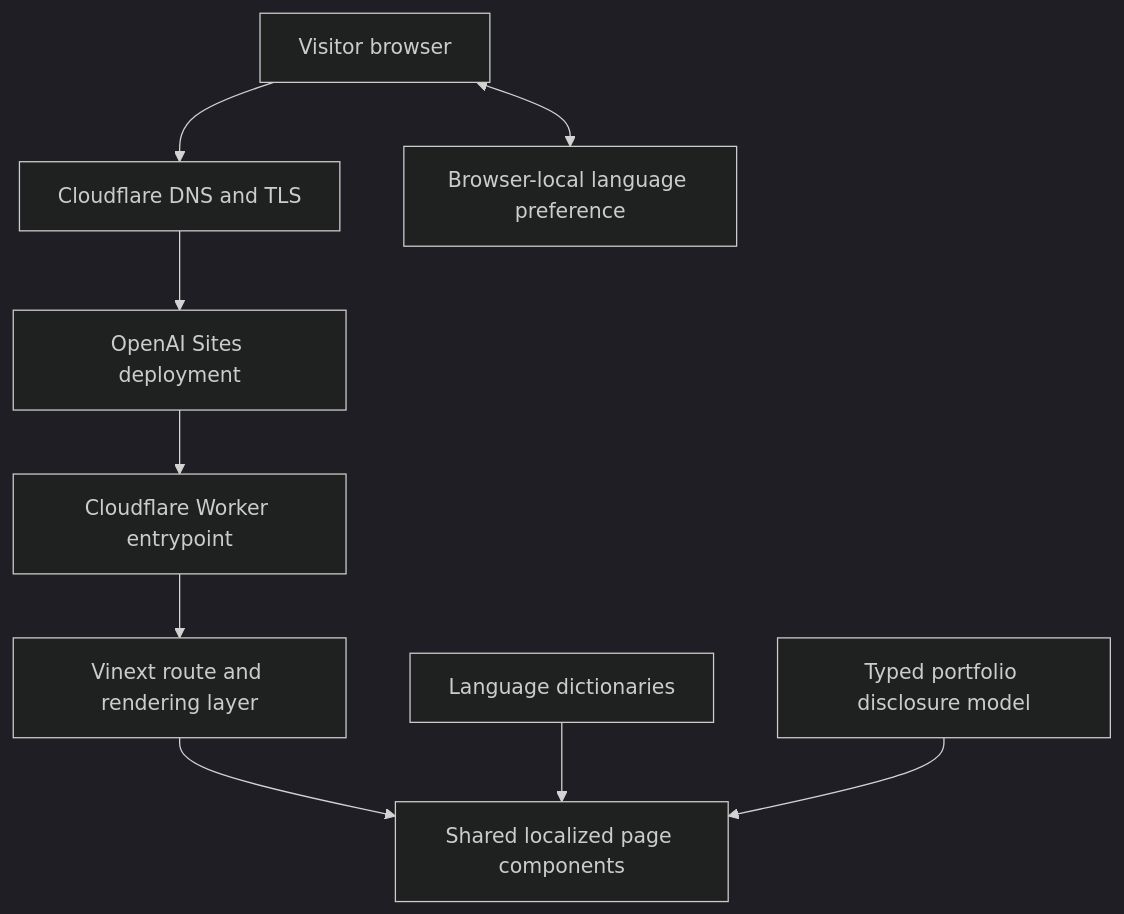
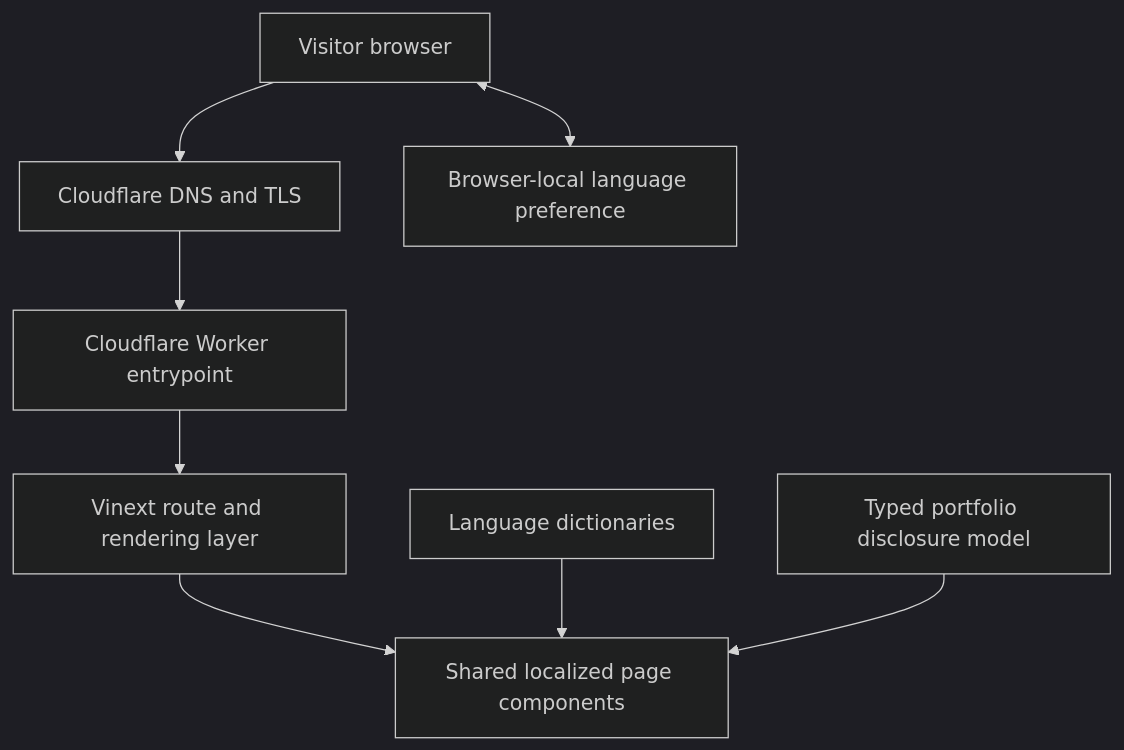
One commit to nilpost/equis-nexus-website changed the diagram in docs/architecture.md. Above: the diagram before and after it, drawn with Mermaid (dark theme). The commit also changed other lines of this file and 15 other files, not shown here.

````diff
--- a/docs/architecture.md
+++ b/docs/architecture.md
@@ -15,17 +15,16 @@
 ```mermaid
 flowchart TD
     Browser["Visitor browser"]
     DNS["Cloudflare DNS and TLS"]
-    Sites["OpenAI Sites deployment"]
     Worker["Cloudflare Worker entrypoint"]
     Router["Vinext route and rendering layer"]
     Pages["Shared localized page components"]
     Copy["Language dictionaries"]
     Portfolio["Typed portfolio disclosure model"]
     Local["Browser-local language preference"]
 
-    Browser --> DNS --> Sites --> Worker --> Router --> Pages
+    Browser --> DNS --> Worker --> Router --> Pages
     Copy --> Pages
     Portfolio --> Pages
     Browser <--> Local
 ```
````
